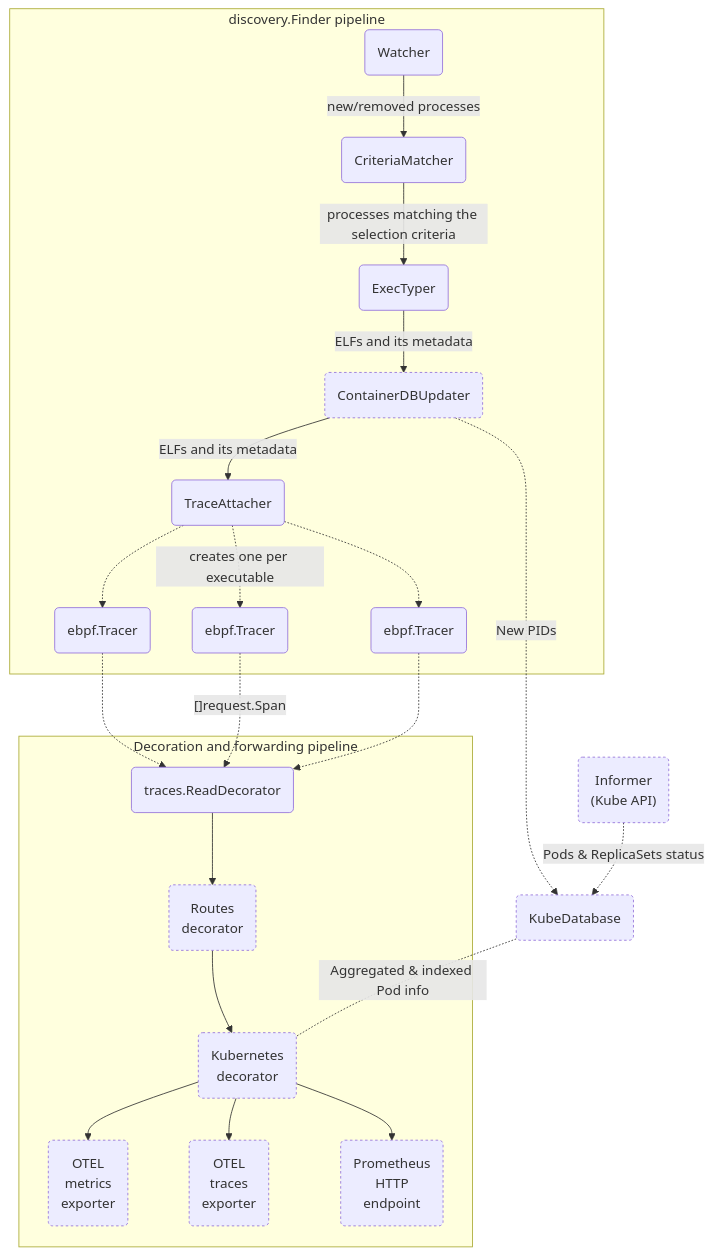
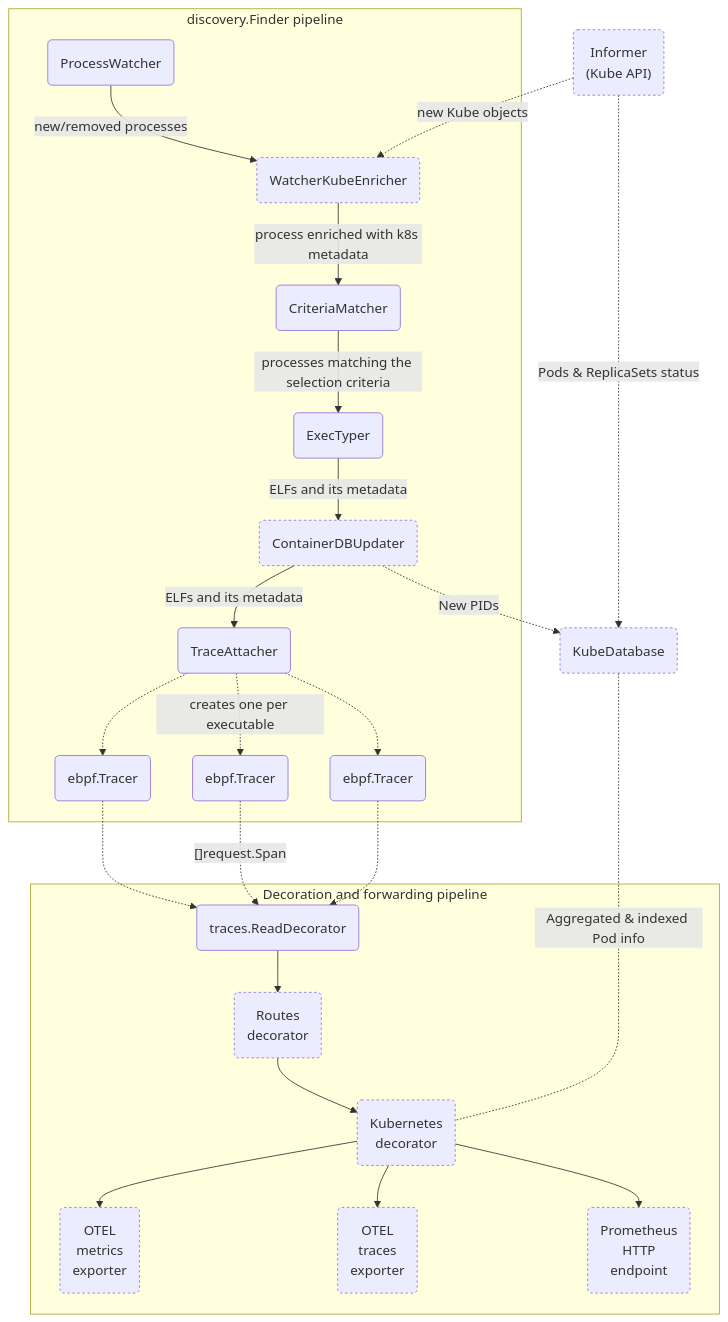
The diagram in devdocs/pipeline-map.md (grafana/beyla), drawn with Mermaid before and after one commit. The commit also changed 11 other files, not shown here.

````diff
--- a/devdocs/pipeline-map.md
+++ b/devdocs/pipeline-map.md
@@ -11,34 +11,29 @@
 ```mermaid
 flowchart TD
+    classDef optional stroke-dasharray: 3 3;
     subgraph discovery.Finder pipeline
-        W(Watcher) --> |new/removed processes| CM(CriteriaMatcher)
-        CM --> |processes matching the selection criteria| ET(ExecTyper)
+        PW(ProcessWatcher) --> |new/removed processes| KWE
+        KWE(WatcherKubeEnricher):::optional --> |process enriched with k8s metadata| CM
+        CM(CriteriaMatcher) --> |processes matching the selection criteria| ET(ExecTyper)
         ET --> |ELFs and its metadata| CU
-        CU(ContainerDBUpdater) --> |ELFs and its metadata| TA
+        CU(ContainerDBUpdater):::optional --> |ELFs and its metadata| TA
         TA(TraceAttacher) -.-> EBPF1(ebpf.Tracer)
         TA -.-> |creates one per executable| EBPF2(ebpf.Tracer)
         TA -.-> EBPF3(ebpf.Tracer)
-        style CU stroke-dasharray: 3 3;
     end
     subgraph Decoration and forwarding pipeline
         EBPF1 -.-> TR
         EBPF2 -.-> |"[]request.Span"| TR
         EBPF3 -.-> TR
         TR(traces.ReadDecorator) --> ROUT(Routes<br/>decorator)
-        ROUT --> KD(Kubernetes<br/>decorator)
+        ROUT:::optional --> KD(Kubernetes<br/>decorator)
 
-        KD --> OTELM(OTEL<br/> metrics<br/> exporter)
-        KD --> OTELT(OTEL<br/> traces<br/> exporter)
-        KD --> PROM(Prometheus<br/>HTTP<br/>endpoint)
-        style ROUT stroke-dasharray: 3 3;
-        style KD stroke-dasharray: 3 3;
-        style OTELM stroke-dasharray: 3 3;
-        style OTELT stroke-dasharray: 3 3;
-        style PROM stroke-dasharray: 3 3;
+        KD:::optional --> OTELM(OTEL<br/> metrics<br/> exporter):::optional
+        KD --> OTELT(OTEL<br/> traces<br/> exporter):::optional
+        KD --> PROM(Prometheus<br/>HTTP<br/>endpoint):::optional
     end
     CU -.-> |New PIDs| KDB
-    KDB(KubeDatabase) <-.- | Aggregated & indexed Pod info | KD
-    IF(Informer<br/>&lpar;Kube API&rpar;) -.-> |Pods & ReplicaSets status| KDB
-    style IF stroke-dasharray: 3 3;
-    style KDB stroke-dasharray: 3 3;
+    KDB(KubeDatabase):::optional <-.- | Aggregated & indexed Pod info | KD
+    IF("Informer<br/>(Kube API)"):::optional -.-> |Pods & ReplicaSets status| KDB
+    IF -.-> |new Kube objects| KWE
 ```
````
